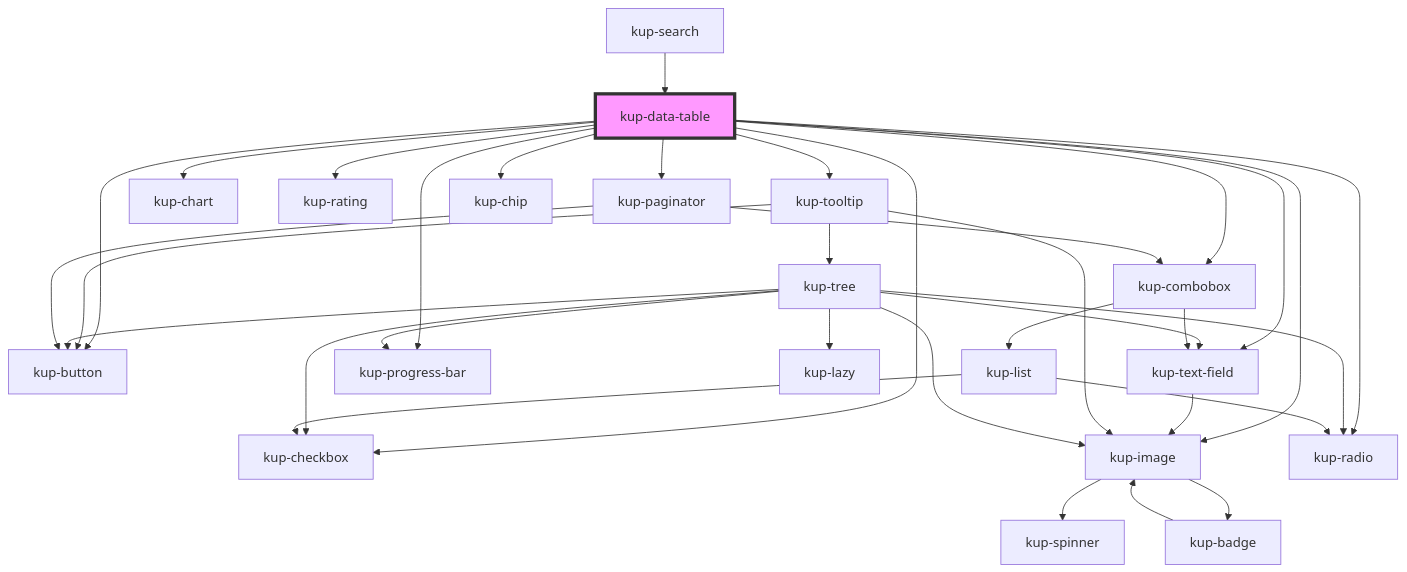
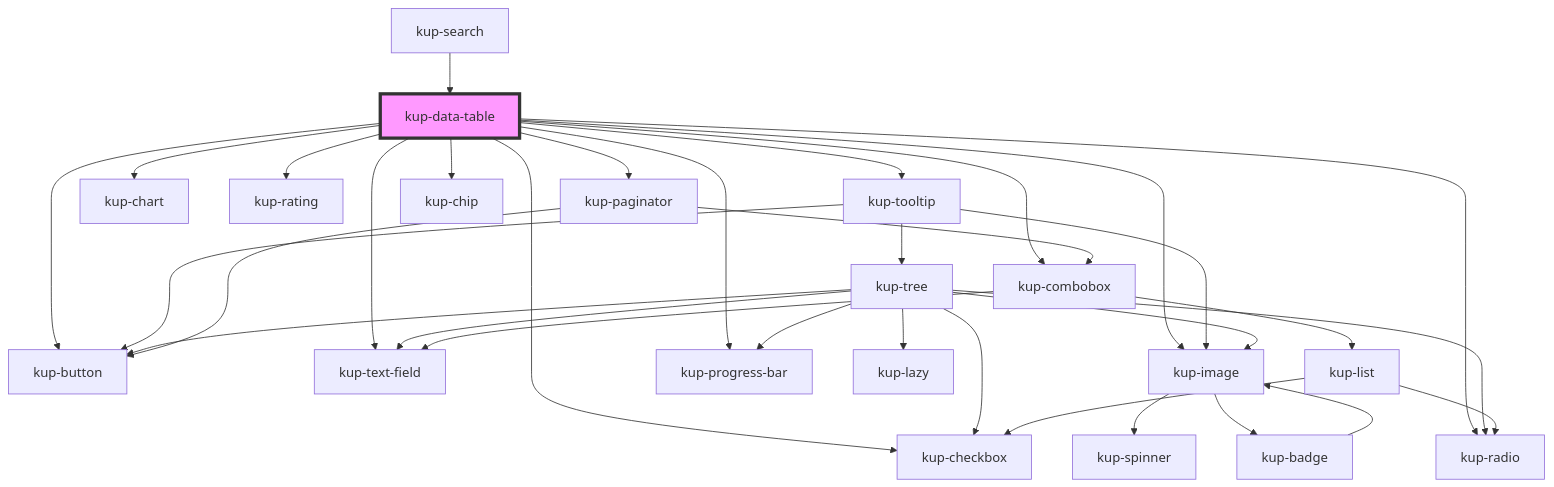
The diagram in packages/ketchup/src/components/kup-data-table/readme.md (smeup/ketchup), drawn with Mermaid before and after one commit. The commit also changed 13 other files, not shown here.

Commit message:
Replaced kup image with embedded image in text field.

````diff
--- a/packages/ketchup/src/components/kup-data-table/readme.md
+++ b/packages/ketchup/src/components/kup-data-table/readme.md
@@ -144,37 +144,36 @@
 ```mermaid
 graph TD;
   kup-data-table --> kup-checkbox
   kup-data-table --> kup-button
   kup-data-table --> kup-text-field
   kup-data-table --> kup-tooltip
   kup-data-table --> kup-image
   kup-data-table --> kup-chart
   kup-data-table --> kup-progress-bar
   kup-data-table --> kup-rating
   kup-data-table --> kup-radio
   kup-data-table --> kup-paginator
   kup-data-table --> kup-combobox
   kup-data-table --> kup-chip
-  kup-text-field --> kup-image
+  kup-tooltip --> kup-button
+  kup-tooltip --> kup-image
+  kup-tooltip --> kup-tree
   kup-image --> kup-spinner
   kup-image --> kup-badge
   kup-badge --> kup-image
-  kup-tooltip --> kup-button
-  kup-tooltip --> kup-image
-  kup-tooltip --> kup-tree
   kup-tree --> kup-lazy
   kup-tree --> kup-button
   kup-tree --> kup-checkbox
   kup-tree --> kup-image
   kup-tree --> kup-progress-bar
   kup-tree --> kup-radio
   kup-tree --> kup-text-field
   kup-paginator --> kup-button
   kup-paginator --> kup-combobox
   kup-combobox --> kup-text-field
   kup-combobox --> kup-list
   kup-list --> kup-radio
   kup-list --> kup-checkbox
   kup-search --> kup-data-table
   style kup-data-table fill:#f9f,stroke:#333,stroke-width:4px
 ```
````
